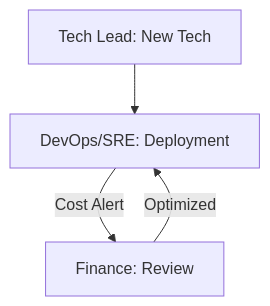
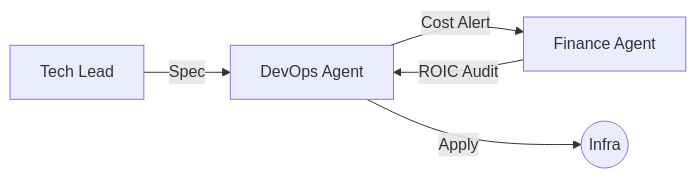
One commit to carluxdevs/AgentOS changed the diagram in workflows/infra_scaling.md. Above: the diagram before and after it, drawn with Mermaid. The commit also changed 3 other files, not shown here.

````diff
--- a/workflows/infra_scaling.md
+++ b/workflows/infra_scaling.md
@@ -5,6 +5,7 @@
 ```mermaid
-graph TD
-    TL[Tech Lead: New Tech] --> SRE[DevOps/SRE: Deployment]
-    SRE -- "Cost Alert" --> FIN[Finance: Review]
-    FIN -- "Optimized" --> SRE
+graph LR
+    TL[Tech Lead] -- "Spec" --> DEVOPS[DevOps Agent]
+    DEVOPS -- "Cost Alert" --> FIN[Finance Agent]
+    FIN -- "ROIC Audit" --> DEVOPS
+    DEVOPS -- "Apply" --> INFRA((Infra))
 ```
````
